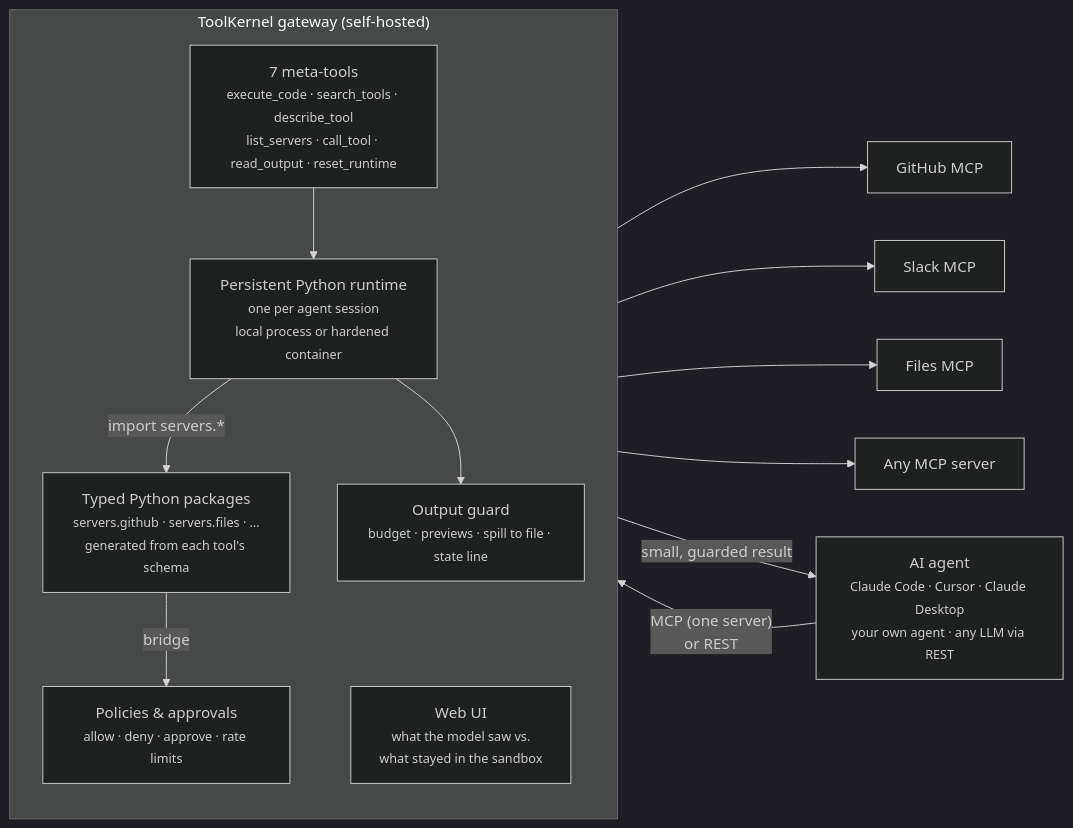
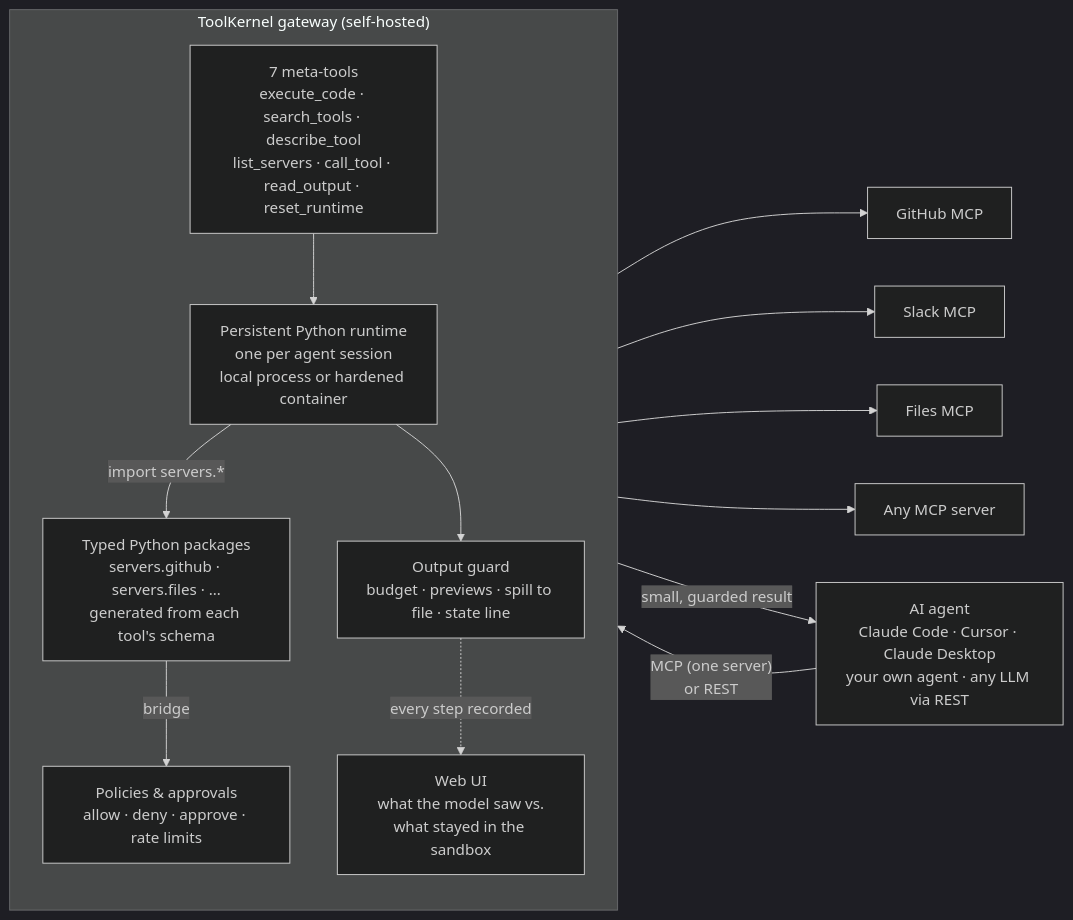
Before and after one commit to kkfaisal/toolkernel: the first of 2 diagrams in README.md, drawn with Mermaid (dark theme). The commit also changed other lines of this file, not shown here.

Commit message:
README: simplify diagrams for GitHub's Mermaid renderer

````diff
--- a/README.md
+++ b/README.md
@@ -71,25 +71,26 @@
 ```mermaid
 flowchart LR
-    A["AI agent<br/><small>Claude Code · Cursor · Claude Desktop<br/>your own agent · any LLM via REST</small>"]
+    A["AI agent<br/>Claude Code · Cursor · Claude Desktop<br/>your own agent · any LLM via REST"]
     subgraph TK["ToolKernel gateway (self-hosted)"]
         direction TB
-        M["7 meta-tools<br/><small>execute_code · search_tools · describe_tool<br/>list_servers · call_tool · read_output · reset_runtime</small>"]
-        R["Persistent Python runtime<br/><small>one per agent session<br/>local process or hardened container</small>"]
-        G["Typed Python packages<br/><small>servers.github · servers.files · …<br/>generated from each tool's schema</small>"]
-        O["Output guard<br/><small>budget · previews · spill to file · state line</small>"]
-        P["Policies & approvals<br/><small>allow · deny · approve · rate limits</small>"]
-        U["Web UI<br/><small>what the model saw vs.<br/>what stayed in the sandbox</small>"]
+        M["7 meta-tools<br/>execute_code · search_tools · describe_tool<br/>list_servers · call_tool · read_output · reset_runtime"]
+        R["Persistent Python runtime<br/>one per agent session<br/>local process or hardened container"]
+        G["Typed Python packages<br/>servers.github · servers.files · …<br/>generated from each tool's schema"]
+        O["Output guard<br/>budget · previews · spill to file · state line"]
+        P["Policies & approvals<br/>allow · deny · approve · rate limits"]
+        U["Web UI<br/>what the model saw vs.<br/>what stayed in the sandbox"]
     end
     S1["GitHub MCP"]
     S2["Slack MCP"]
     S3["Files MCP"]
     S4["Any MCP server"]
 
     A -- "MCP (one server)<br/>or REST" --> M
     M --> R
     R -- "import servers.*" --> G
     G -- "bridge" --> P
     P --> S1 & S2 & S3 & S4
     R --> O
     O -- "small, guarded result" --> A
+    O -. "every step recorded" .-> U
 ```
````
